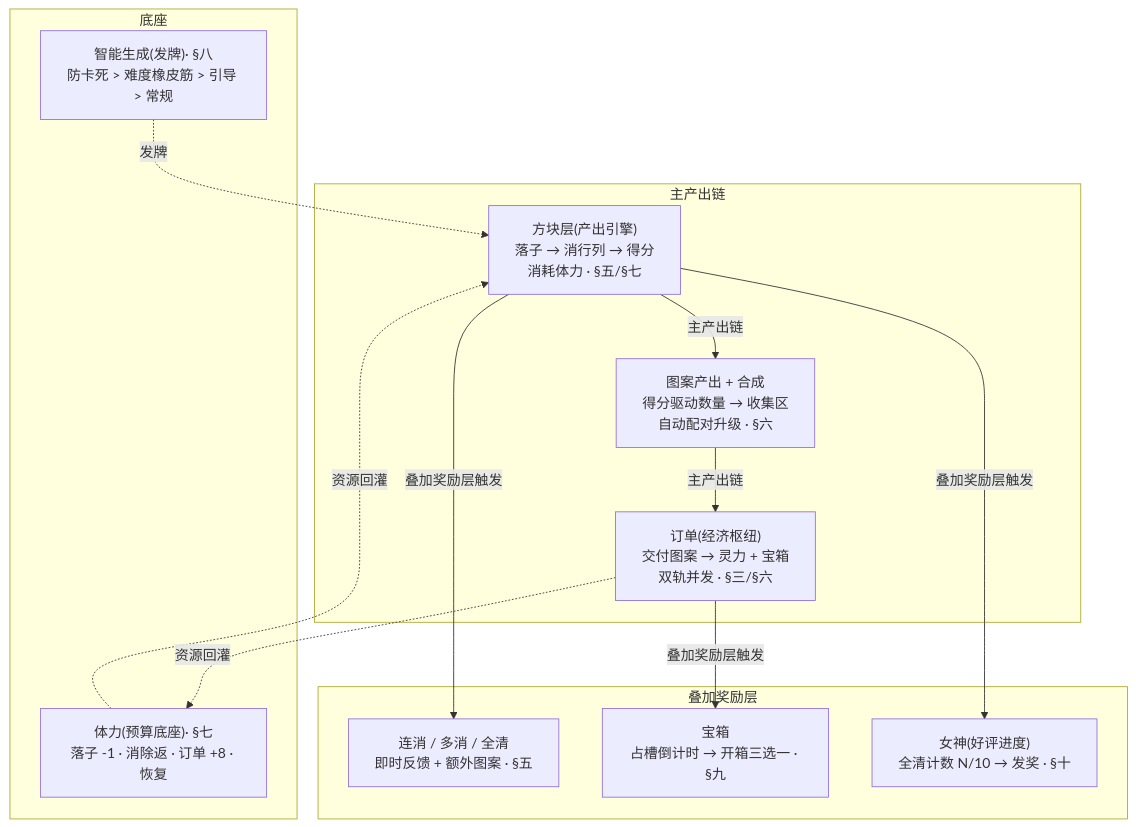
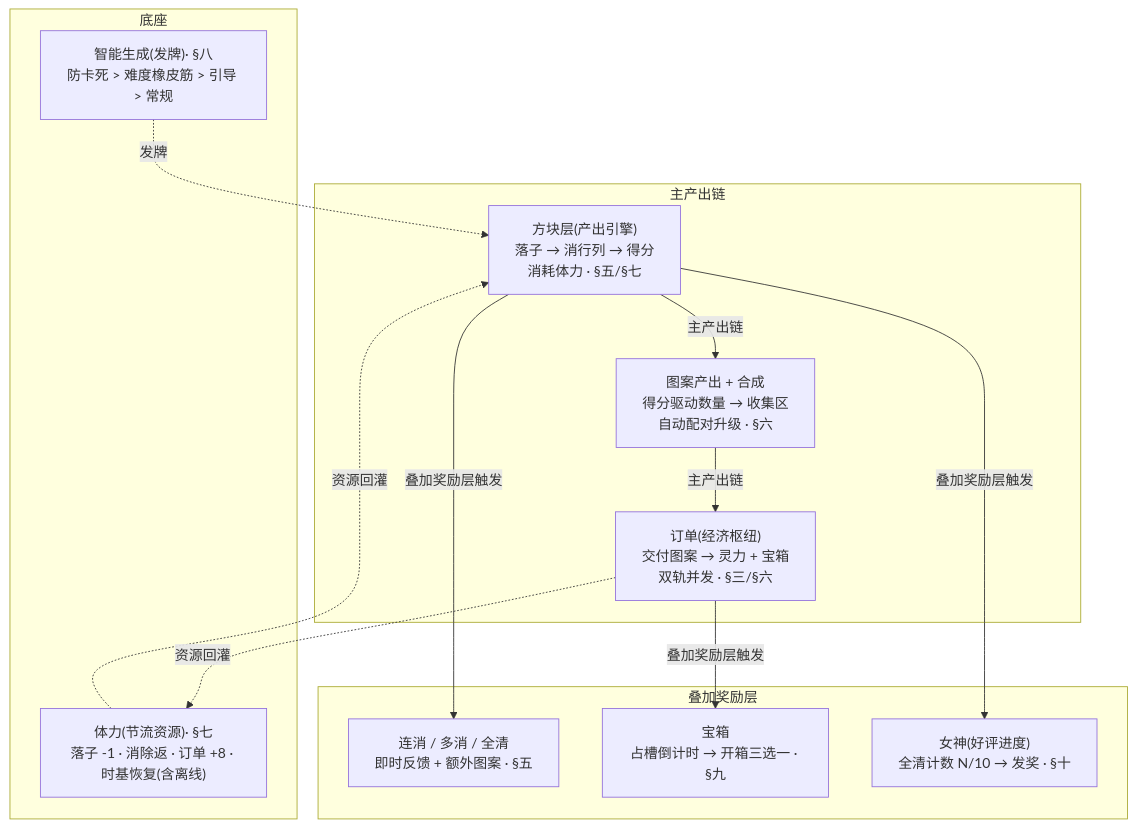
The first of 2 diagrams in UnityProject/design-docs/11-core-loop-completion.md (zhoupeng921101/TEngine_zp), drawn with Mermaid before and after one commit. The commit also changed other lines of this file and 8 other files, not shown here.

````diff
--- a/UnityProject/design-docs/11-core-loop-completion.md
+++ b/UnityProject/design-docs/11-core-loop-completion.md
@@ -56,25 +56,25 @@
 ```mermaid
 flowchart TD
     subgraph main["主产出链"]
         b1["方块层(产出引擎)<br/>落子 → 消行列 → 得分<br/>消耗体力 · §五/§七"]
         b2["图案产出 + 合成<br/>得分驱动数量 → 收集区<br/>自动配对升级 · §六"]
         b3["订单(经济枢纽)<br/>交付图案 → 灵力 + 宝箱<br/>双轨并发 · §三/§六"]
     end
     subgraph reward["叠加奖励层"]
         r1["连消 / 多消 / 全清<br/>即时反馈 + 额外图案 · §五"]
         r2["宝箱<br/>占槽倒计时 → 开箱三选一 · §九"]
         r3["女神(好评进度)<br/>全清计数 N/10 → 发奖 · §十"]
     end
     subgraph base["底座"]
         g1["智能生成(发牌)· §八<br/>防卡死 &gt; 难度橡皮筋 &gt; 引导 &gt; 常规"]
-        e1["体力(预算底座)· §七<br/>落子 -1 · 消除返 · 订单 +8 · 恢复"]
+        e1["体力(节流资源)· §七<br/>落子 -1 · 消除返 · 订单 +8 · 时基恢复(含离线)"]
     end
     b1 -->|主产出链| b2
     b2 -->|主产出链| b3
     b3 -.->|资源回灌| e1
     e1 -.->|资源回灌| b1
     b1 -->|叠加奖励层触发| r1
     b1 -->|叠加奖励层触发| r3
     b3 -->|叠加奖励层触发| r2
     g1 -.->|发牌| b1
 ```
````
